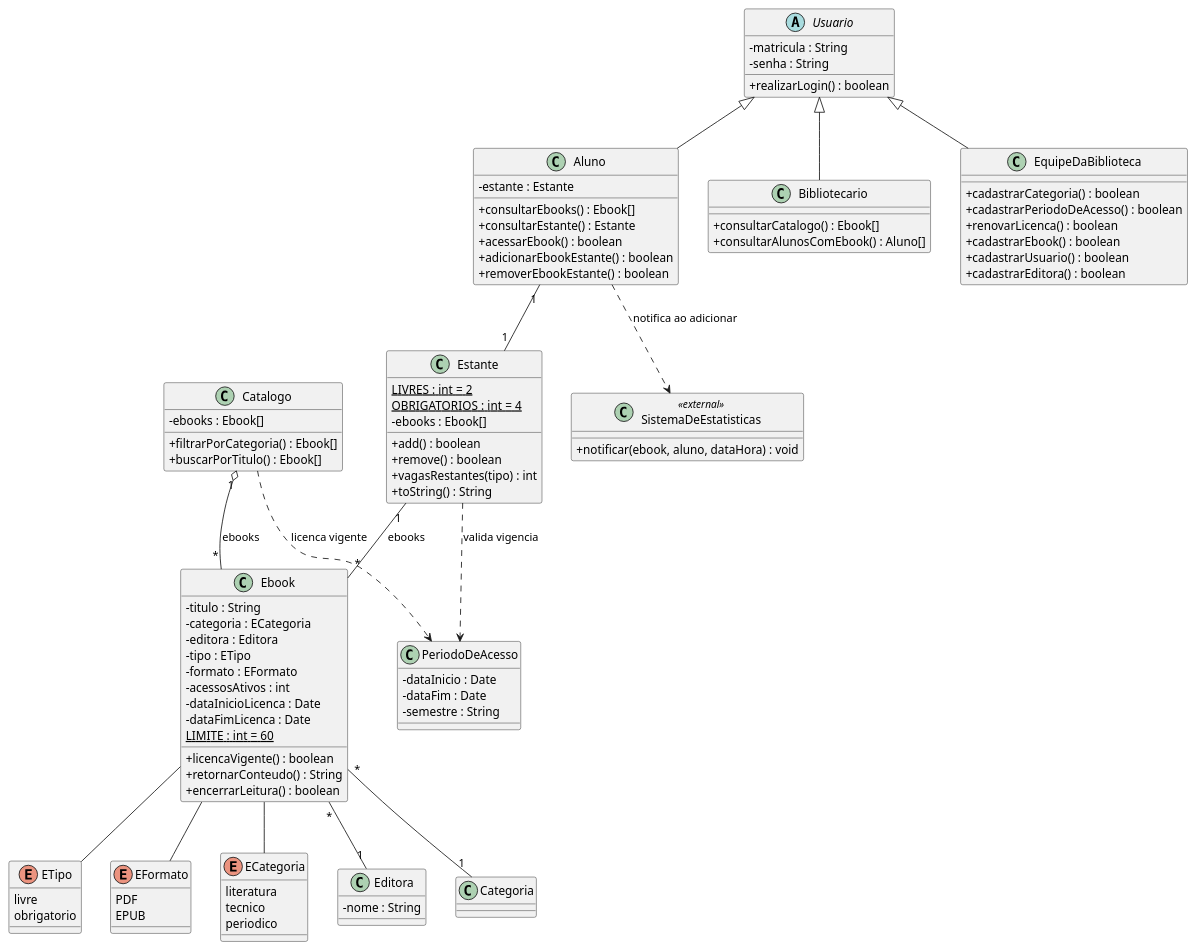
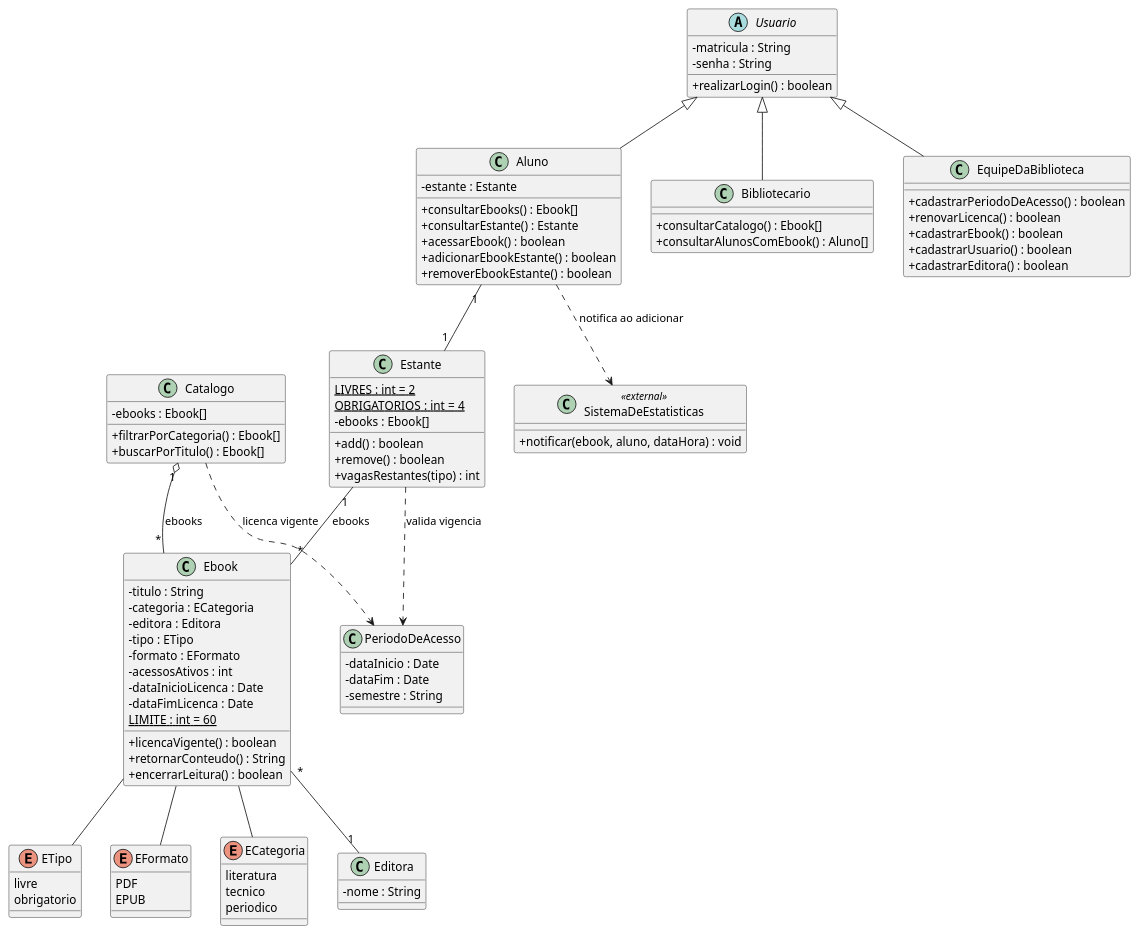
Before and after one commit to Aklages/lab01-ebooks-biblioteca: the diagram in docs/diagramas/classes.puml, drawn with PlantUML. The commit also changed 2 other files, not shown here.

```diff
--- a/docs/diagramas/classes.puml
+++ b/docs/diagramas/classes.puml
@@ -1,126 +1,123 @@
 @startuml classes_ebooks
 ' =====================================================================
 ' Sistema de Gestao de eBooks da Biblioteca Universitaria
 ' Diagrama de Classes - Lab01S01
 ' Fonte versionada em docs/diagramas/classes.puml
 ' =====================================================================
 
 skinparam classAttributeIconSize 0
 skinparam shadowing false
 
 ' ============================ ATORES / USUARIOS =======================
 abstract class Usuario {
   - matricula : String
   - senha : String
   + realizarLogin() : boolean
 }
 
 class Aluno {
   - estante : Estante
   + consultarEbooks() : Ebook[]
   + consultarEstante() : Estante
   + acessarEbook() : boolean
   + adicionarEbookEstante() : boolean
   + removerEbookEstante() : boolean
 }
 
 class Bibliotecario {
   + consultarCatalogo() : Ebook[]
   + consultarAlunosComEbook() : Aluno[]
 }
 
 class EquipeDaBiblioteca {
-  + cadastrarCategoria() : boolean
   + cadastrarPeriodoDeAcesso() : boolean
   + renovarLicenca() : boolean
   + cadastrarEbook() : boolean
   + cadastrarUsuario() : boolean
   + cadastrarEditora() : boolean
 }
 
 Usuario <|-- Aluno
 Usuario <|-- Bibliotecario
 Usuario <|-- EquipeDaBiblioteca
 
 ' ============================== ACERVO =================================
 class Ebook {
   - titulo : String
   - categoria : ECategoria
   - editora : Editora
   - tipo : ETipo
   - formato : EFormato
   - acessosAtivos : int
   - dataInicioLicenca : Date
   - dataFimLicenca : Date
   {static} LIMITE : int = 60
   + licencaVigente() : boolean
   + retornarConteudo() : String
   + encerrarLeitura() : boolean
 }
 
 enum ETipo {
   livre
   obrigatorio
 }
 
 enum EFormato {
   PDF
   EPUB
 }
 
 enum ECategoria {
   literatura
   tecnico
   periodico
 }
 
 class Editora {
   - nome : String
 }
 
-Ebook "*" -- "1" Categoria
 Ebook "*" -- "1" Editora
 Ebook -- ETipo
 Ebook -- EFormato
 Ebook -- ECategoria
 
 ' ========================== PERIODO DE ACESSO ===========================
 class PeriodoDeAcesso {
   - dataInicio : Date
   - dataFim : Date
   - semestre : String
 }
 
 ' ============================== ESTANTE =================================
 class Estante {
   {static} LIVRES : int = 2
   {static} OBRIGATORIOS : int = 4
   - ebooks : Ebook[]
   + add() : boolean
   + remove() : boolean
   + vagasRestantes(tipo) : int
-  + toString() : String
 }
 
 Aluno "1" -- "1" Estante
 Estante "1" -- "*" Ebook : ebooks
 Estante ..> PeriodoDeAcesso : valida vigencia
 
 ' ============================== CATALOGO =================================
 class Catalogo {
   - ebooks : Ebook[]
   + filtrarPorCategoria() : Ebook[]
   + buscarPorTitulo() : Ebook[]
 }
 
 Catalogo "1" o-- "*" Ebook : ebooks
 Catalogo ..> PeriodoDeAcesso : licenca vigente
 
 ' ======================== SISTEMA EXTERNO (ESTATISTICAS) =================
 class SistemaDeEstatisticas <<external>> {
   + notificar(ebook, aluno, dataHora) : void
 }
 
 Aluno ..> SistemaDeEstatisticas : notifica ao adicionar
 
 @enduml
```
